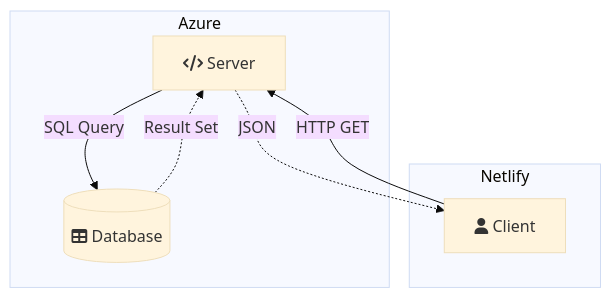
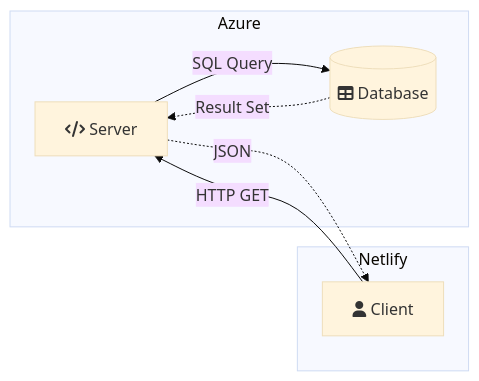
The fourth of 4 diagrams in README.md (DippoldEJ/Satellite-Datasets), drawn with Mermaid (base theme) before and after one commit.

````diff
--- a/README.md
+++ b/README.md
@@ -40,21 +40,21 @@
 ```mermaid
-graph TD;
+flowchart LR
     subgraph Azure
         s[fa:fa-code Server]
         db[(fa:fa-table Database)]
     end
     subgraph Netlify
         c[fa:fa-user Client]
     end
 
     subgraph Netlify
     end
     subgraph Azure
         direction LR
     end
 
    c -- HTTP GET --> s
     s -- SQL Query --> db
     db -. Result Set .-> s
     s -. JSON .-> c
 ```
````
